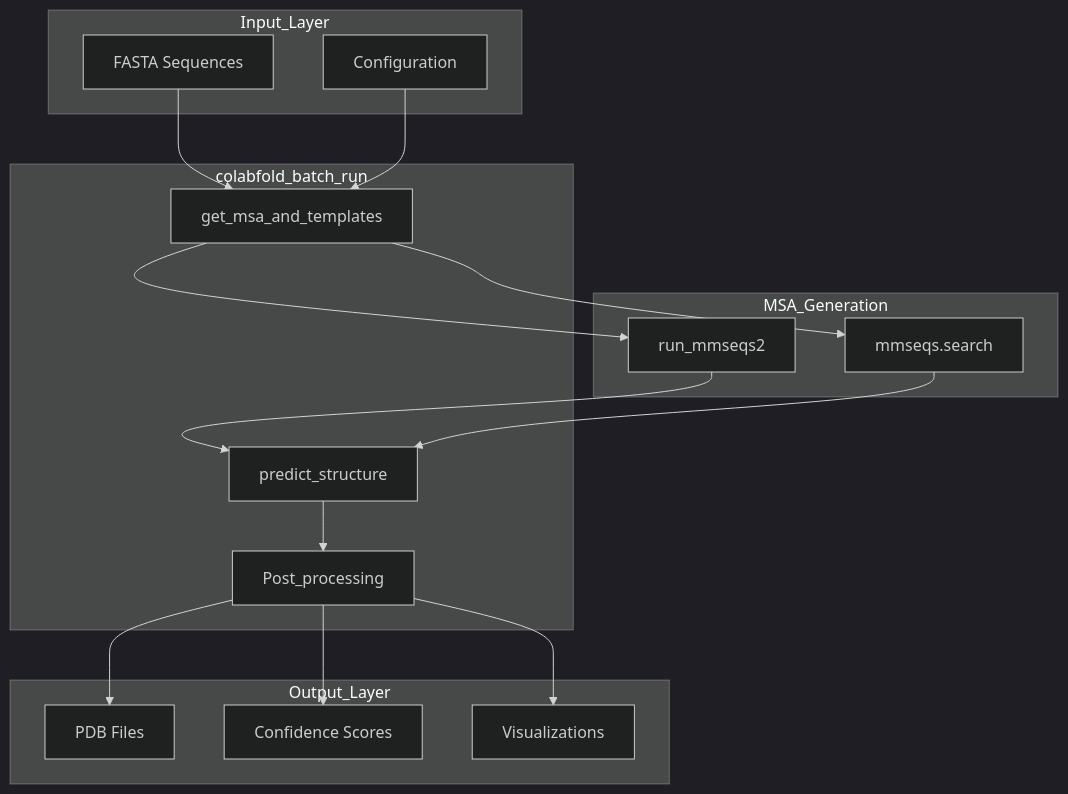
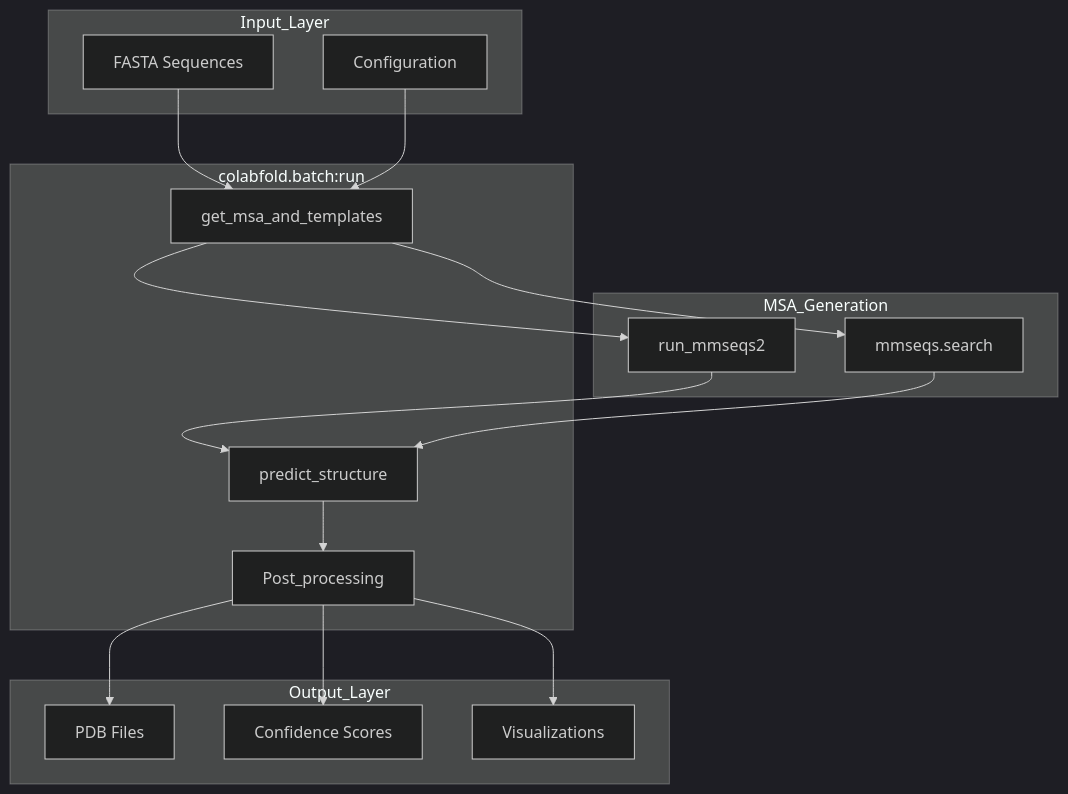
The third of 4 diagrams in docs/ColabFold/deepwiki/ColabFold-Getting-Started.md (MaybeBio/Awesome-Protein-ContactMap-Prediction), drawn with Mermaid (dark theme) before and after one commit. The commit also changed other lines of this file and 4 other files, not shown here.

````diff
--- a/docs/ColabFold/deepwiki/ColabFold-Getting-Started.md
+++ b/docs/ColabFold/deepwiki/ColabFold-Getting-Started.md
@@ -150,47 +150,47 @@
 ```mermaid
 flowchart TD
 
 A["FASTA Sequences"]
 B["Configuration"]
 C["get_msa_and_templates"]
 D["predict_structure"]
 E["Post_processing"]
 F["run_mmseqs2"]
 G["mmseqs.search"]
 H["PDB Files"]
 I["Confidence Scores"]
 J["Visualizations"]
 
 A --> C
 B --> C
 C --> F
 C --> G
 F --> D
 G --> D
 E --> H
 E --> I
 E --> J
 
 subgraph Output_Layer ["Output_Layer"]
     H
     I
     J
 end
 
 subgraph MSA_Generation ["MSA_Generation"]
     F
     G
 end
 
-subgraph colabfold_batch_run ["colabfold_batch_run"]
+subgraph colabfold.batch:run ["colabfold.batch:run"]
     C
     D
     E
     D --> E
 end
 
 subgraph Input_Layer ["Input_Layer"]
     A
     B
 end
 ```
````
